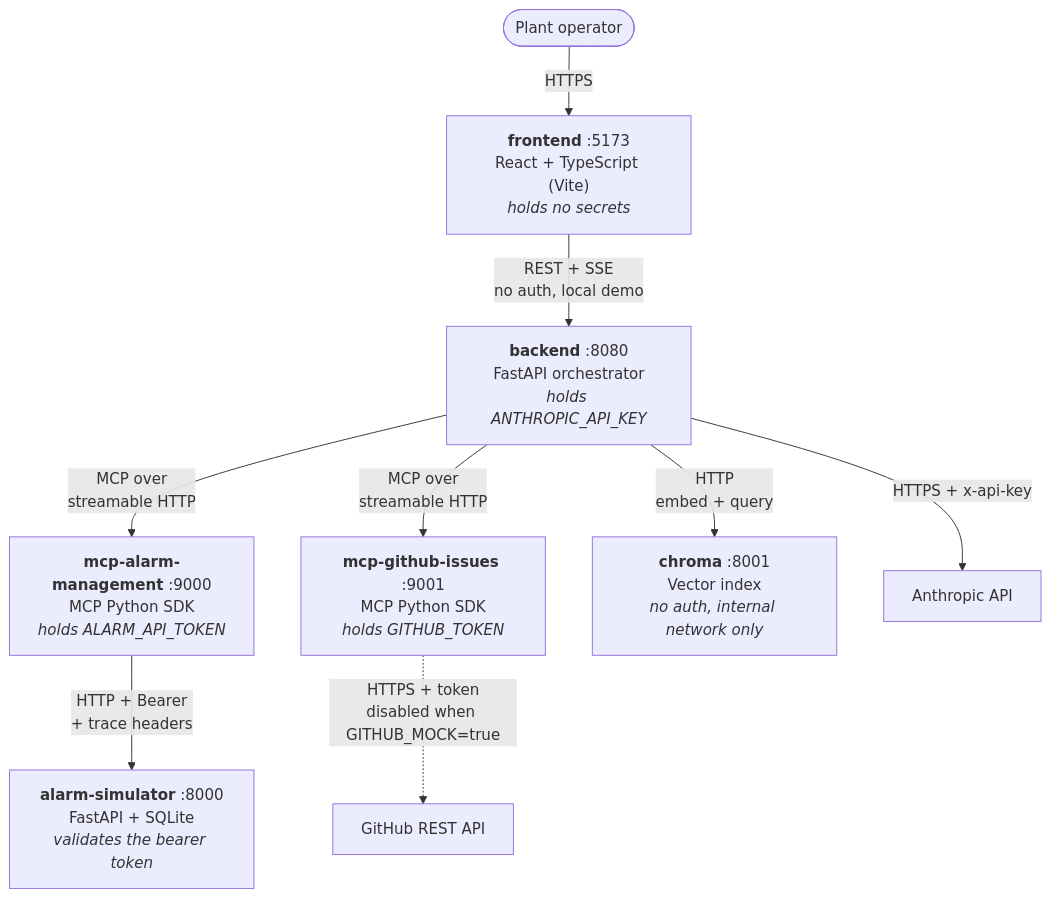
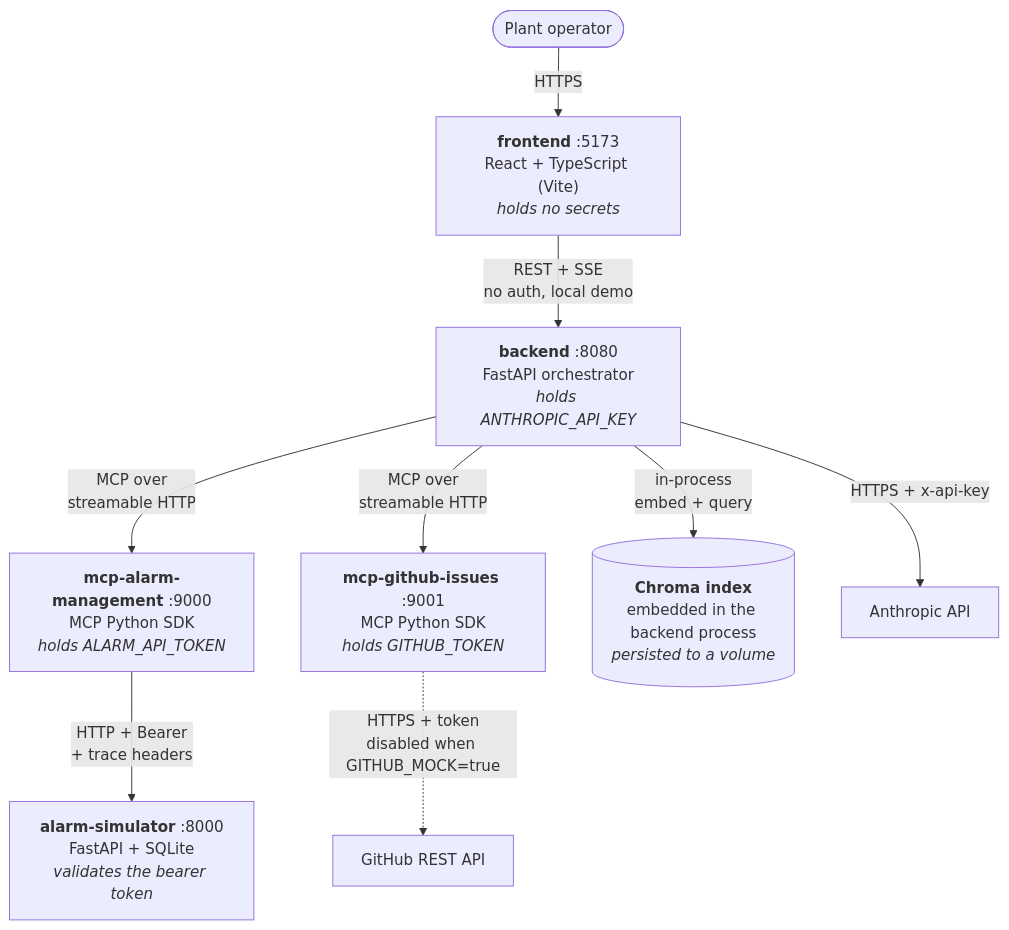
Before and after one commit to kunwarvivekpratapsingh/senior-copilot-mcp-rag-assignment: the second of 3 diagrams in docs/hld.md, drawn with Mermaid. The commit also changed other lines of this file and 14 other files, not shown here.

````diff
--- a/docs/hld.md
+++ b/docs/hld.md
@@ -178,22 +178,22 @@
 ```mermaid
 flowchart TB
     operator(["Plant operator"])
 
     frontend["<b>frontend</b> :5173<br/>React + TypeScript (Vite)<br/><i>holds no secrets</i>"]
     backendc["<b>backend</b> :8080<br/>FastAPI orchestrator<br/><i>holds ANTHROPIC_API_KEY</i>"]
     alarmmcpc["<b>mcp-alarm-management</b> :9000<br/>MCP Python SDK<br/><i>holds ALARM_API_TOKEN</i>"]
     githubmcpc["<b>mcp-github-issues</b> :9001<br/>MCP Python SDK<br/><i>holds GITHUB_TOKEN</i>"]
     simc["<b>alarm-simulator</b> :8000<br/>FastAPI + SQLite<br/><i>validates the bearer token</i>"]
-    chromac["<b>chroma</b> :8001<br/>Vector index<br/><i>no auth, internal network only</i>"]
+    chromac[("<b>Chroma index</b><br/>embedded in the backend process<br/><i>persisted to a volume</i>")]
 
     anthropic["Anthropic API"]
 
     operator -->|"HTTPS"| frontend
     frontend -->|"REST + SSE<br/>no auth, local demo"| backendc
     backendc -->|"MCP over<br/>streamable HTTP"| alarmmcpc
     backendc -->|"MCP over<br/>streamable HTTP"| githubmcpc
-    backendc -->|"HTTP<br/>embed + query"| chromac
+    backendc -->|"in-process<br/>embed + query"| chromac
     backendc -->|"HTTPS + x-api-key"| anthropic
     alarmmcpc -->|"HTTP + Bearer<br/>+ trace headers"| simc
     githubmcpc -.->|"HTTPS + token<br/>disabled when GITHUB_MOCK=true"| gh["GitHub REST API"]
 ```
````
